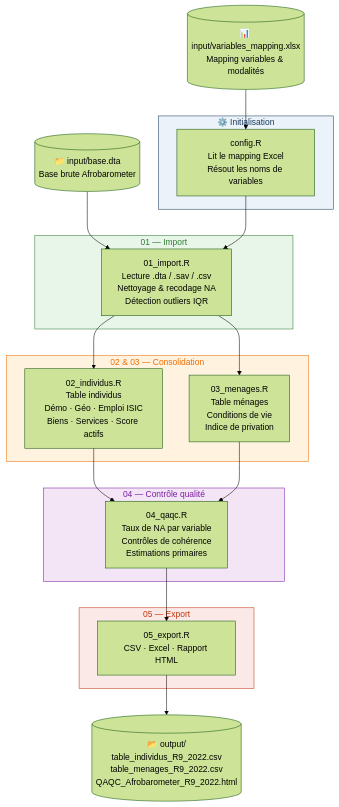
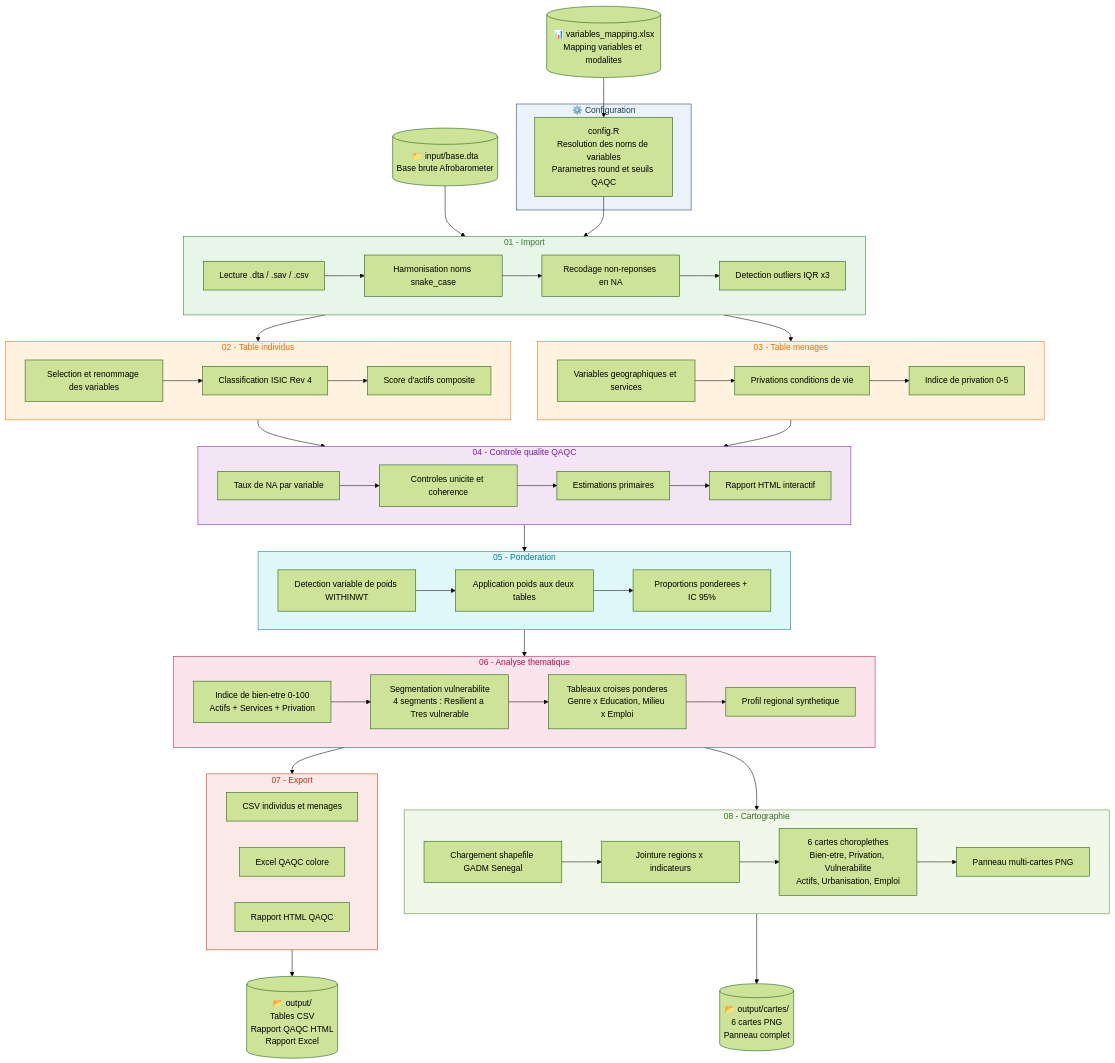
The diagram in README.md (JODRAFF9/SENEGAL-AFROBAROMETER-PIPELINE-ENSAE), drawn with Mermaid (forest theme) before and after one commit. The commit also changed other lines of this file and 7 other files, not shown here.

````diff
--- a/README.md
+++ b/README.md
@@ -29,44 +28,100 @@
 ```mermaid
 flowchart TD
-    A[(📁 input/base.dta\nBase brute Afrobarometer)] --> B
-    X[(📊 input/variables_mapping.xlsx\nMapping variables & modalités)] --> C
+    RAW[(📁 input/base.dta\nBase brute Afrobarometer)]
+    MAP[(📊 variables_mapping.xlsx\nMapping variables et modalites)]
 
-    subgraph CONFIG ["⚙️ Initialisation"]
-        C[config.R\nLit le mapping Excel\nRésout les noms de variables]
+    subgraph CONFIG ["⚙️ Configuration"]
+        C[config.R\nResolution des noms de variables\nParametres round et seuils QAQC]
     end
 
-    C --> B
+    MAP --> C
+    RAW --> STEP1
 
-    subgraph IMPORT ["01 — Import"]
-        B[01_import.R\nLecture .dta / .sav / .csv\nNettoyage & recodage NA\nDétection outliers IQR]
+    subgraph STEP1 ["01 - Import"]
+        I1[Lecture .dta / .sav / .csv]
+        I2[Harmonisation noms snake_case]
+        I3[Recodage non-reponses en NA]
+        I4[Detection outliers IQR x3]
+        I1 --> I2 --> I3 --> I4
     end
 
-    B --> D
-    B --> E
+    C --> STEP1
 
-    subgraph TRAITEMENT ["02 & 03 — Consolidation"]
-        D[02_individus.R\nTable individus\nDémo · Géo · Emploi ISIC\nBiens · Services · Score actifs]
-        E[03_menages.R\nTable ménages\nConditions de vie\nIndice de privation]
+    STEP1 --> STEP2
+    STEP1 --> STEP3
+
+    subgraph STEP2 ["02 - Table individus"]
+        T1[Selection et renommage des variables]
+        T2[Classification ISIC Rev 4]
+        T3[Score d'actifs composite]
+        T1 --> T2 --> T3
     end
 
-    D --> F
-    E --> F
-
-    subgraph QAQC ["04 — Contrôle qualité"]
-        F[04_qaqc.R\nTaux de NA par variable\nContrôles de cohérence\nEstimations primaires]
+    subgraph STEP3 ["03 - Table menages"]
+        M1[Variables geographiques et services]
+        M2[Privations conditions de vie]
+        M3[Indice de privation 0-5]
+        M1 --> M2 --> M3
     end
 
-    F --> G
+    STEP2 --> STEP4
+    STEP3 --> STEP4
 
-    subgraph EXPORT ["05 — Export"]
-        G[05_export.R\nCSV · Excel · Rapport HTML]
+    subgraph STEP4 ["04 - Controle qualite QAQC"]
+        Q1[Taux de NA par variable]
+        Q2[Controles unicite et coherence]
+        Q3[Estimations primaires]
+        Q4[Rapport HTML interactif]
+        Q1 --> Q2 --> Q3 --> Q4
     end
 
-    G --> H[(📂 output/\ntable_individus_R9_2022.csv\ntable_menages_R9_2022.csv\nQAQC_Afrobarometer_R9_2022.html)]
+    STEP4 --> STEP5
 
-    style CONFIG     fill:#EBF2FA,stroke:#1A3A5C,color:#1A3A5C
-    style IMPORT     fill:#E8F5E9,stroke:#2E7D32,color:#2E7D32
-    style TRAITEMENT fill:#FFF3E0,stroke:#EF6C00,color:#EF6C00
-    style QAQC       fill:#F3E5F5,stroke:#7B1FA2,color:#7B1FA2
-    style EXPORT     fill:#FBE9E7,stroke:#BF360C,color:#BF360C
+    subgraph STEP5 ["05 - Ponderation"]
+        P1[Detection variable de poids WITHINWT]
+        P2[Application poids aux deux tables]
+        P3[Proportions ponderees + IC 95%]
+        P1 --> P2 --> P3
+    end
+
+    STEP5 --> STEP6
+
+    subgraph STEP6 ["06 - Analyse thematique"]
+        A1[Indice de bien-etre 0-100\nActifs + Services + Privation]
+        A2[Segmentation vulnerabilite\n4 segments : Resilient a Tres vulnerable]
+        A3[Tableaux croises ponderes\nGenre x Education, Milieu x Emploi]
+        A4[Profil regional synthetique]
+        A1 --> A2 --> A3 --> A4
+    end
+
+    STEP6 --> STEP7
+    STEP6 --> STEP8
+
+    subgraph STEP7 ["07 - Export"]
+        E1[CSV individus et menages]
+        E2[Excel QAQC colore]
+        E3[Rapport HTML QAQC]
+        E1 & E2 & E3
+    end
+
+    subgraph STEP8 ["08 - Cartographie"]
+        C1[Chargement shapefile GADM Senegal]
+        C2[Jointure regions x indicateurs]
+        C3[6 cartes choroplethes\nBien-etre, Privation, Vulnerabilite\nActifs, Urbanisation, Emploi]
+        C4[Panneau multi-cartes PNG]
+        C1 --> C2 --> C3 --> C4
+    end
+
+    STEP7 --> OUT[(📂 output/\nTables CSV\nRapport QAQC HTML\nRapport Excel)]
+    STEP8 --> MAPS[(📂 output/cartes/\n6 cartes PNG\nPanneau complet)]
+
+    style CONFIG fill:#EBF2FA,stroke:#1A3A5C,color:#1A3A5C
+    style STEP1  fill:#E8F5E9,stroke:#2E7D32,color:#2E7D32
+    style STEP2  fill:#FFF3E0,stroke:#EF6C00,color:#EF6C00
+    style STEP3  fill:#FFF3E0,stroke:#EF6C00,color:#EF6C00
+    style STEP4  fill:#F3E5F5,stroke:#7B1FA2,color:#7B1FA2
+    style STEP5  fill:#E0F7FA,stroke:#00838F,color:#00838F
+    style STEP6  fill:#FCE4EC,stroke:#AD1457,color:#AD1457
+    style STEP7  fill:#FBE9E7,stroke:#BF360C,color:#BF360C
+    style STEP8  fill:#F1F8E9,stroke:#558B2F,color:#33691E
 ```
````
